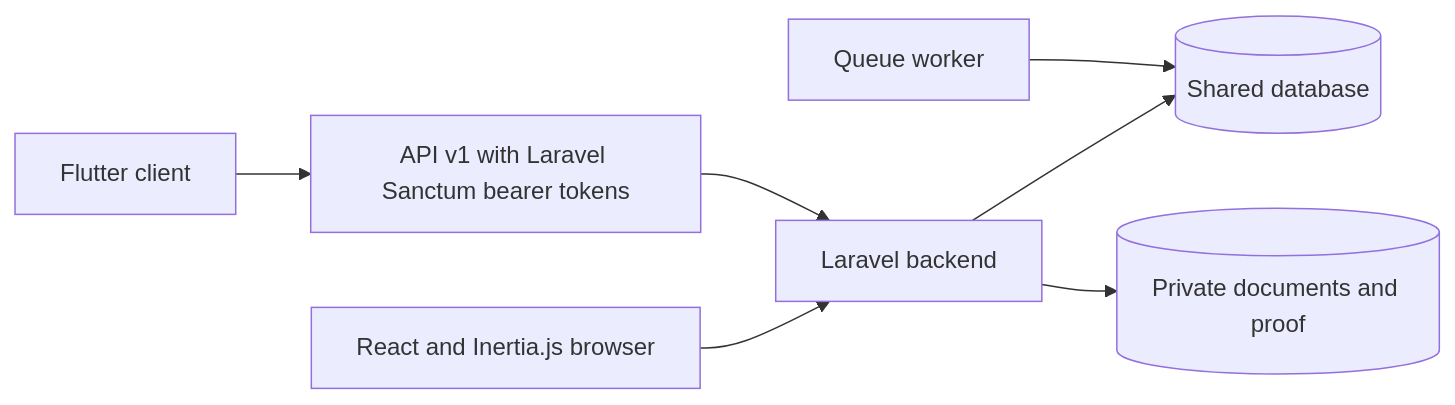
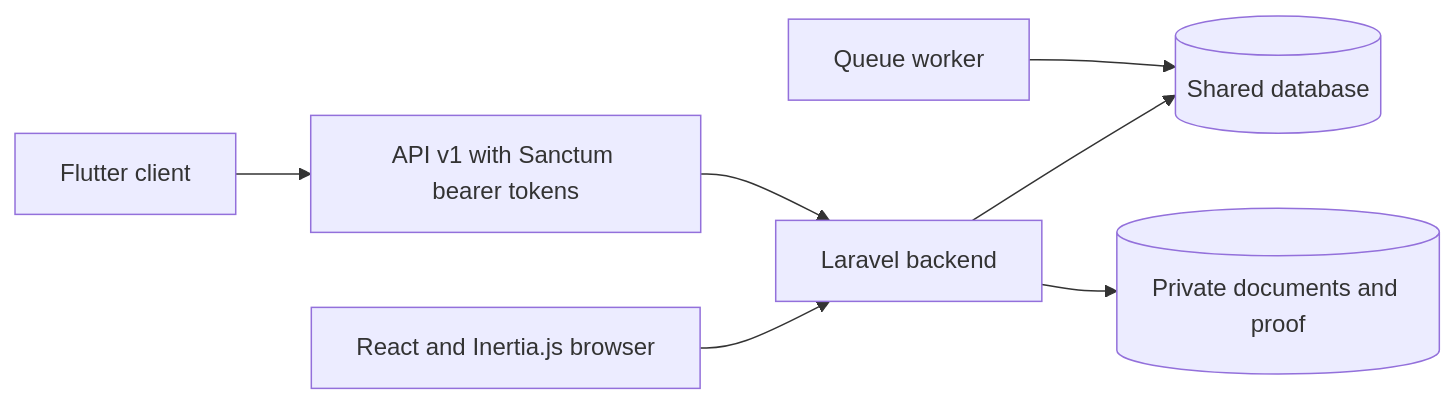
The first of 2 diagrams in documentation/ARCHITECTURE.md (carlmatthewcastro/lubosmart-app), drawn with Mermaid before and after one commit. The commit also changed other lines of this file and 13 other files, not shown here.

````diff
--- a/documentation/ARCHITECTURE.md
+++ b/documentation/ARCHITECTURE.md
@@ -33,9 +21,9 @@
 ```mermaid
 flowchart LR
     Web[React and Inertia.js browser] --> Laravel[Laravel backend]
-    Mobile[Flutter client] --> API[API v1 with Laravel Sanctum bearer tokens]
+    Mobile[Flutter client] --> API[API v1 with Sanctum bearer tokens]
     API --> Laravel
     Laravel --> DB[(Shared database)]
     Laravel --> Private[(Private documents and proof)]
     Worker[Queue worker] --> DB
 ```
````
